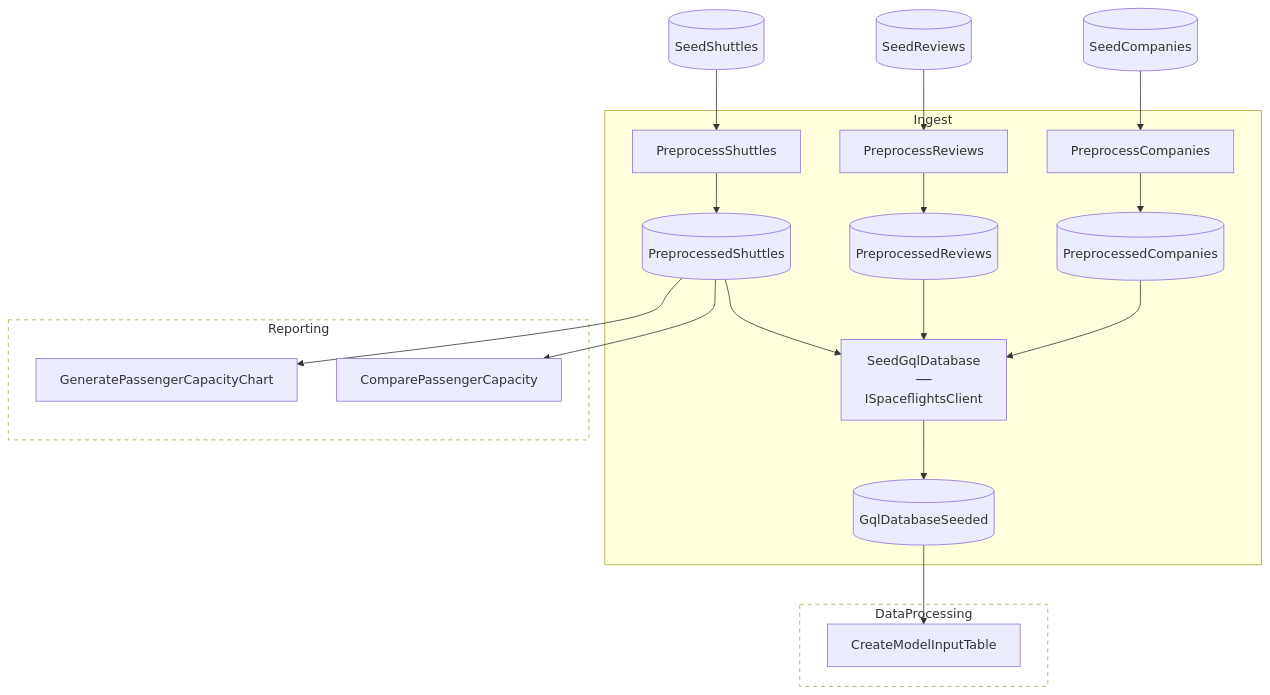
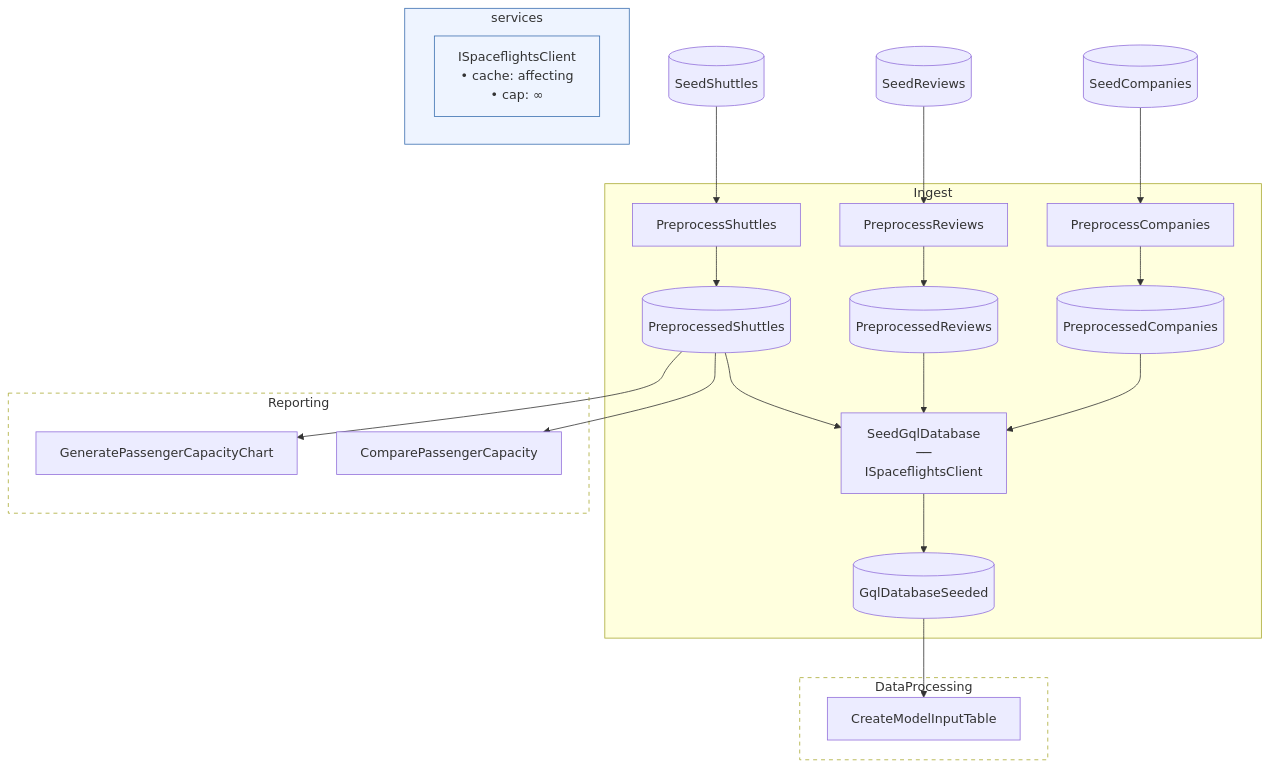
Before and after one commit to chaoticgoodcomputing/flowthru: the third of 4 diagrams in examples/advanced/SpaceflightsGQL/README.md, drawn with Mermaid. The commit also changed other lines of this file and 18 other files, not shown here.

````diff
--- a/examples/advanced/SpaceflightsGQL/README.md
+++ b/examples/advanced/SpaceflightsGQL/README.md
@@ -119,46 +119,54 @@
 ```mermaid
 flowchart TB
 
     %% External Data Inputs
     SeedCompanies[("SeedCompanies")]
     SeedReviews[("SeedReviews")]
     SeedShuttles[("SeedShuttles")]
 
     subgraph Ingest["Ingest"]
         PreprocessCompanies["PreprocessCompanies"]
         PreprocessedCompanies[("PreprocessedCompanies")]
         PreprocessShuttles["PreprocessShuttles"]
         PreprocessedShuttles[("PreprocessedShuttles")]
         PreprocessReviews["PreprocessReviews"]
         PreprocessedReviews[("PreprocessedReviews")]
         SeedGqlDatabase["SeedGqlDatabase<br>──<br>ISpaceflightsClient"]
         GqlDatabaseSeeded[("GqlDatabaseSeeded")]
     end
+
+    %% Service legend
+    subgraph service_legend["services"]
+        svc_SpaceflightsGQL_Infra_GqlClient_ISpaceflightsClient["ISpaceflightsClient<br>• cache: affecting<br>• cap: ∞"]
+    end
+    style service_legend fill:#EEF4FF,stroke:#3B6FB0
+    classDef serviceNode fill:#EEF4FF,stroke:#3B6FB0
+    class svc_SpaceflightsGQL_Infra_GqlClient_ISpaceflightsClient serviceNode
 
     subgraph DataProcessing_ds["DataProcessing"]
         CreateModelInputTable["CreateModelInputTable"]
     end
 
     subgraph Reporting_ds["Reporting"]
         ComparePassengerCapacity["ComparePassengerCapacity"]
         GeneratePassengerCapacityChart["GeneratePassengerCapacityChart"]
     end
 
     %% Edges
     SeedCompanies --> PreprocessCompanies
     PreprocessCompanies --> PreprocessedCompanies
     SeedShuttles --> PreprocessShuttles
     PreprocessShuttles --> PreprocessedShuttles
     SeedReviews --> PreprocessReviews
     PreprocessReviews --> PreprocessedReviews
     PreprocessedCompanies --> SeedGqlDatabase
     PreprocessedShuttles --> SeedGqlDatabase
     PreprocessedReviews --> SeedGqlDatabase
     SeedGqlDatabase --> GqlDatabaseSeeded
     GqlDatabaseSeeded --> CreateModelInputTable
     PreprocessedShuttles --> ComparePassengerCapacity
     PreprocessedShuttles --> GeneratePassengerCapacityChart
 
     classDef collapsed stroke-dasharray:5 5,fill:transparent
     class DataProcessing_ds,Reporting_ds collapsed
 ```
````
